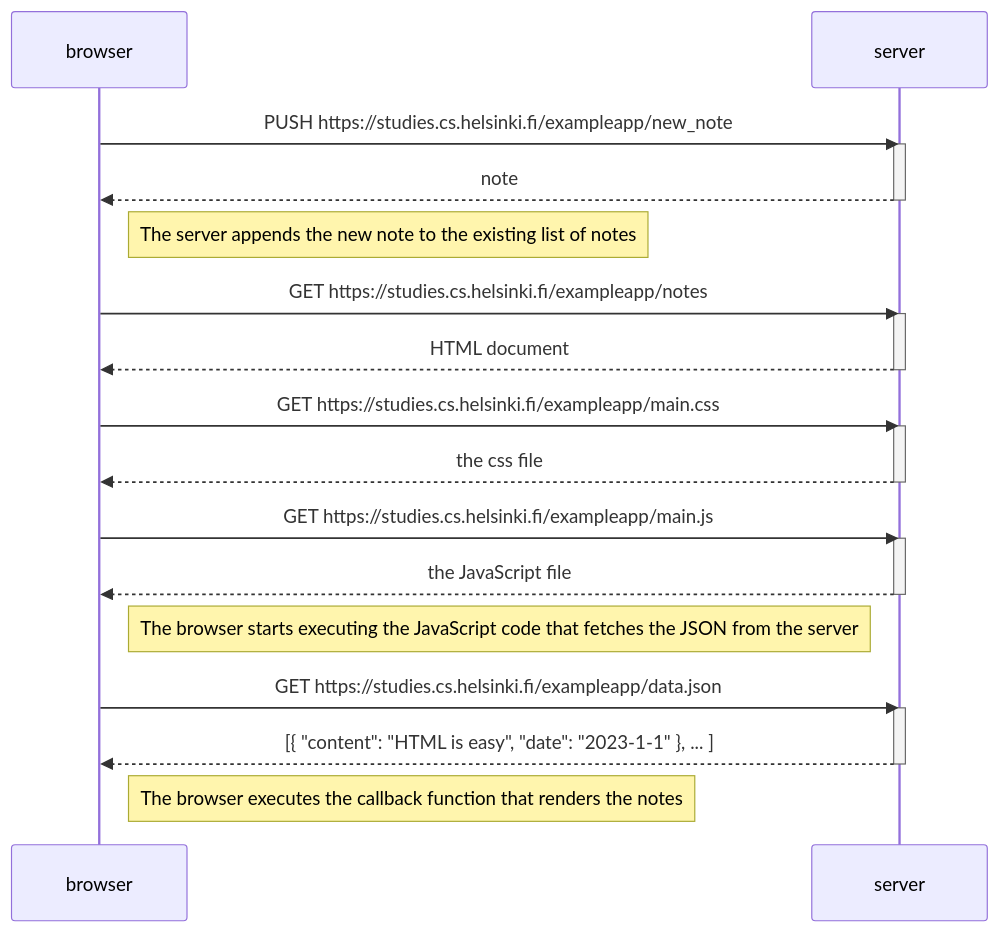
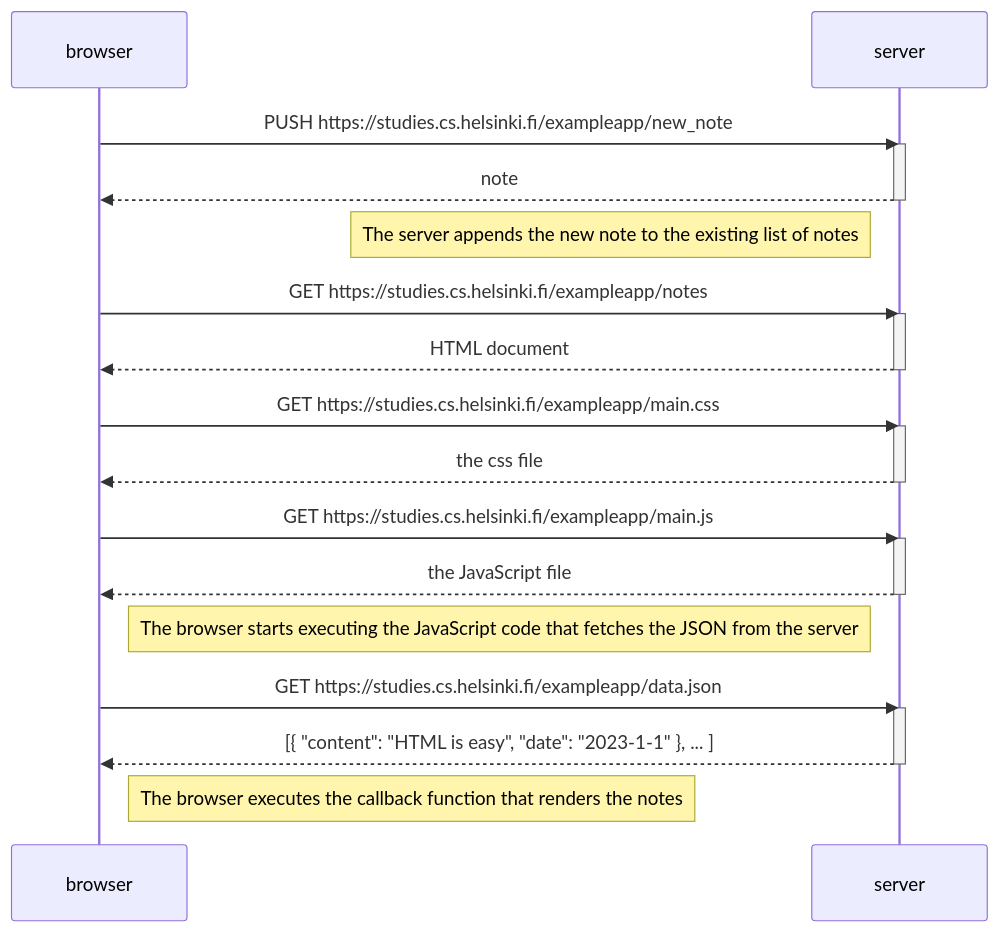
The diagram in Part 0 Fundamentals of Web Apps/newNoteDiagram.md (bwsrcurtis/FullStackOpen), drawn with Mermaid before and after one commit.

Commit message:
Formatting

````diff
--- a/Part 0 Fundamentals of Web Apps/newNoteDiagram.md
+++ b/Part 0 Fundamentals of Web Apps/newNoteDiagram.md
@@ -3,36 +3,36 @@
 ```mermaid
 sequenceDiagram
     participant browser
     participant server
 
 	browser->>server: PUSH https://studies.cs.helsinki.fi/exampleapp/new_note
     activate server
     server-->>browser: note
     deactivate server
 
-	Note right of browser: The server appends the new note to the existing list of notes
+	Note left of server: The server appends the new note to the existing list of notes
 
     browser->>server: GET https://studies.cs.helsinki.fi/exampleapp/notes
     activate server
     server-->>browser: HTML document
     deactivate server
 
     browser->>server: GET https://studies.cs.helsinki.fi/exampleapp/main.css
     activate server
     server-->>browser: the css file
     deactivate server
 
     browser->>server: GET https://studies.cs.helsinki.fi/exampleapp/main.js
     activate server
     server-->>browser: the JavaScript file
     deactivate server
 
     Note right of browser: The browser starts executing the JavaScript code that fetches the JSON from the server
 
     browser->>server: GET https://studies.cs.helsinki.fi/exampleapp/data.json
     activate server
     server-->>browser: [{ "content": "HTML is easy", "date": "2023-1-1" }, ... ]
     deactivate server
 
     Note right of browser: The browser executes the callback function that renders the notes
 ```
````
